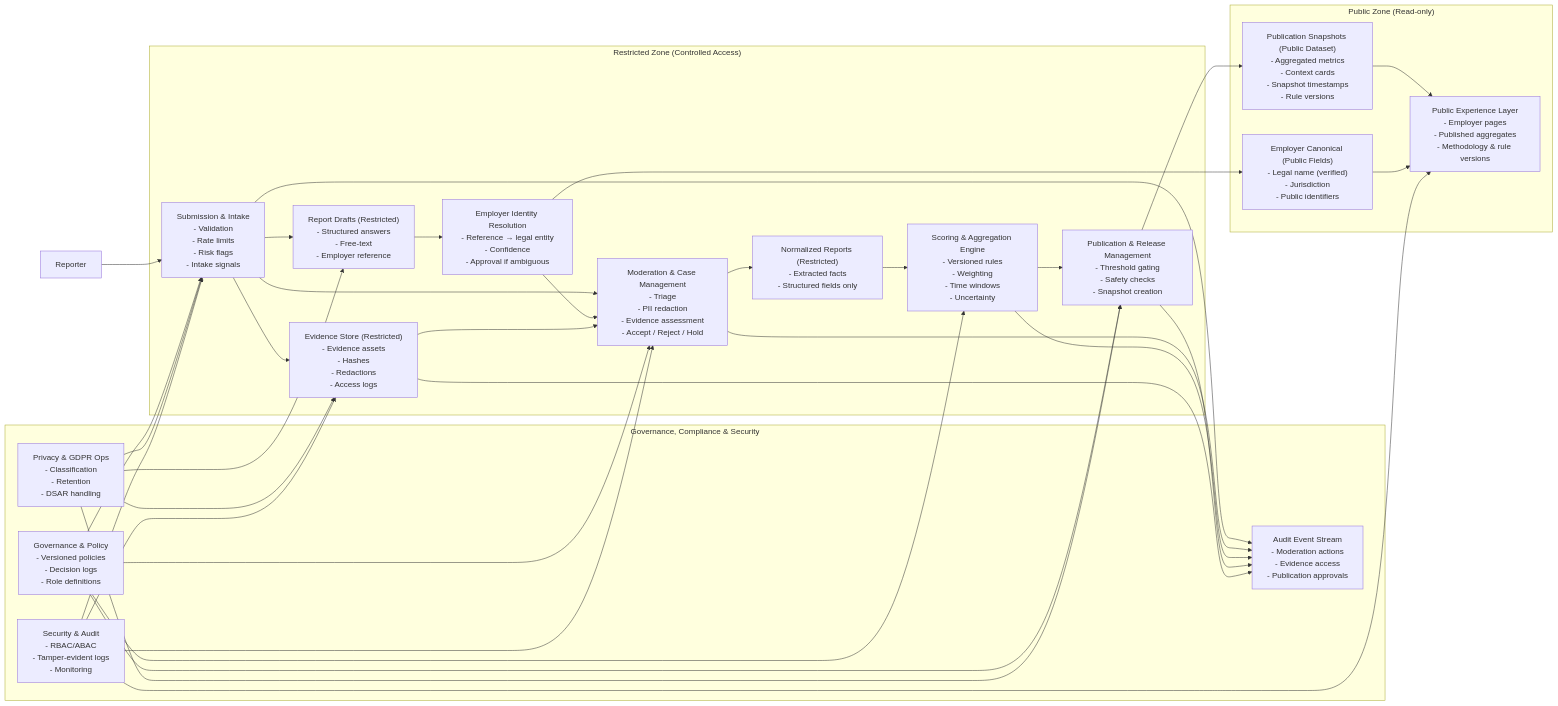
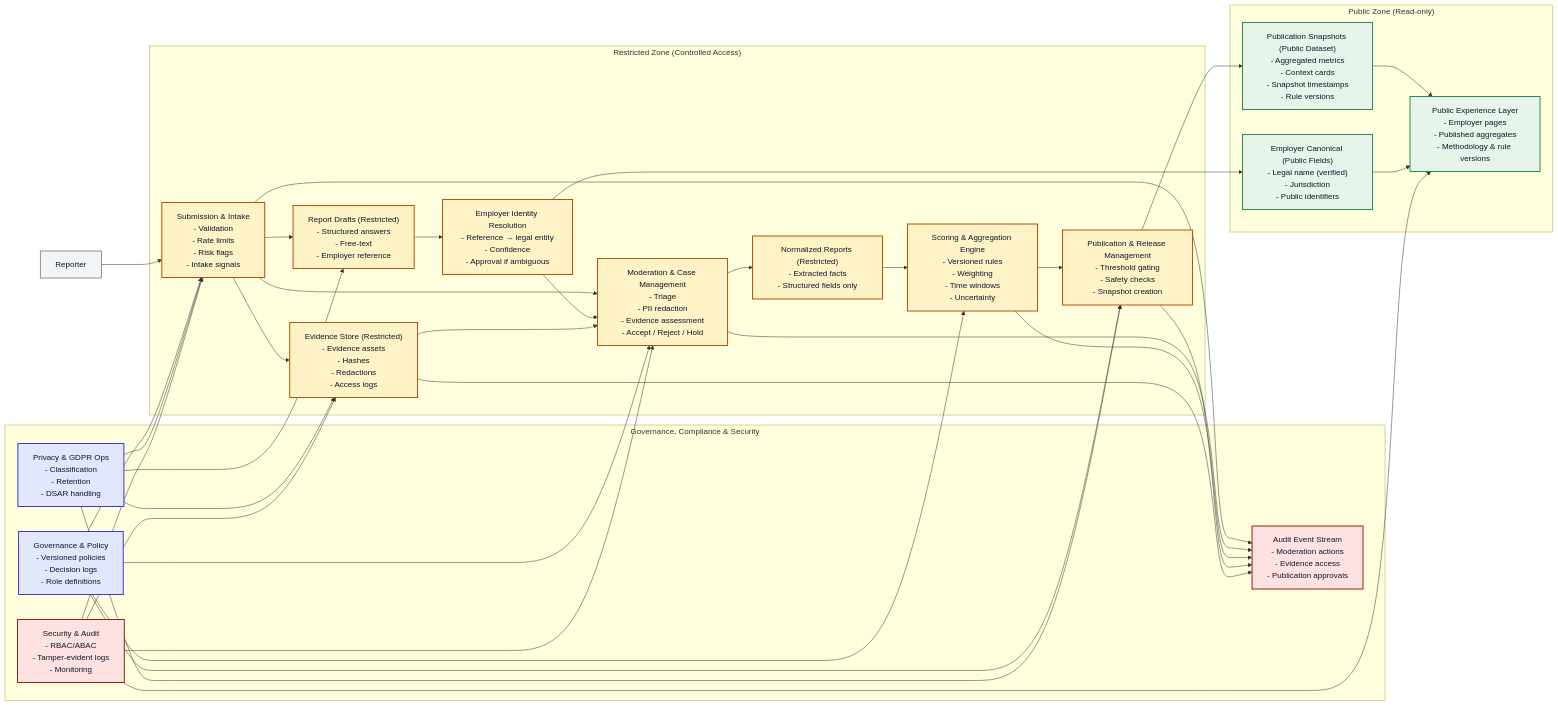
The first of 3 diagrams in docs/architecture/logical-architecture.md (sistoyanov69/junkedout-mvp), drawn with Mermaid before and after one commit. The commit also changed other lines of this file, not shown here.

Commit message:
Apply colored diagrams formatting compatible with GitHub renderer

````diff
--- a/docs/architecture/logical-architecture.md
+++ b/docs/architecture/logical-architecture.md
@@ -10,65 +10,78 @@
 ```mermaid
 flowchart LR
+  %% Visual classes (GitHub-safe)
+  classDef public fill:#E6F4EA,stroke:#2F855A,stroke-width:2px,color:#0F172A
+  classDef restricted fill:#FEF3C7,stroke:#B45309,stroke-width:2px,color:#0F172A
+  classDef governance fill:#E0E7FF,stroke:#4338CA,stroke-width:2px,color:#0F172A
+  classDef security fill:#FEE2E2,stroke:#991B1B,stroke-width:2px,color:#0F172A
+  classDef neutral fill:#F3F4F6,stroke:#6B7280,stroke-width:1.5px,color:#0F172A
   subgraph Z0["Public Zone (Read-only)"]
     PUB_UI["Public Experience Layer\n- Employer pages\n- Published aggregates\n- Methodology & rule versions"]
     PUB_SNAP["Publication Snapshots (Public Dataset)\n- Aggregated metrics\n- Context cards\n- Snapshot timestamps\n- Rule versions"]
     EMP_PUB["Employer Canonical (Public Fields)\n- Legal name (verified)\n- Jurisdiction\n- Public identifiers"]
   end
 
   subgraph Z1["Restricted Zone (Controlled Access)"]
     INTAKE["Submission & Intake\n- Validation\n- Rate limits\n- Risk flags\n- Intake signals"]
     DRAFT["Report Drafts (Restricted)\n- Structured answers\n- Free-text\n- Employer reference"]
     EVID["Evidence Store (Restricted)\n- Evidence assets\n- Hashes\n- Redactions\n- Access logs"]
     RESOLVE["Employer Identity Resolution\n- Reference → legal entity\n- Confidence\n- Approval if ambiguous"]
     MOD["Moderation & Case Management\n- Triage\n- PII redaction\n- Evidence assessment\n- Accept / Reject / Hold"]
     NORM["Normalized Reports (Restricted)\n- Extracted facts\n- Structured fields only"]
     SCORE["Scoring & Aggregation Engine\n- Versioned rules\n- Weighting\n- Time windows\n- Uncertainty"]
     PUB_MGR["Publication & Release Management\n- Threshold gating\n- Safety checks\n- Snapshot creation"]
   end
 
   subgraph Z2["Governance, Compliance & Security"]
     GOV["Governance & Policy\n- Versioned policies\n- Decision logs\n- Role definitions"]
     PRIV["Privacy & GDPR Ops\n- Classification\n- Retention\n- DSAR handling"]
     SEC["Security & Audit\n- RBAC/ABAC\n- Tamper-evident logs\n- Monitoring"]
     AUDIT["Audit Event Stream\n- Moderation actions\n- Evidence access\n- Publication approvals"]
   end
 
   USER["Reporter"] --> INTAKE
   INTAKE --> DRAFT
   INTAKE --> EVID
   INTAKE --> MOD
 
   DRAFT --> RESOLVE
   RESOLVE --> MOD
   EVID --> MOD
 
   MOD --> NORM
   NORM --> SCORE
   SCORE --> PUB_MGR
   PUB_MGR --> PUB_SNAP
   PUB_SNAP --> PUB_UI
 
   RESOLVE --> EMP_PUB
   EMP_PUB --> PUB_UI
 
   GOV --> INTAKE
   GOV --> MOD
   GOV --> SCORE
   GOV --> PUB_MGR
 
   PRIV --> INTAKE
   PRIV --> DRAFT
   PRIV --> EVID
   PRIV --> PUB_MGR
 
   SEC --> INTAKE
   SEC --> MOD
   SEC --> EVID
   SEC --> PUB_UI
 
   INTAKE --> AUDIT
   MOD --> AUDIT
   SCORE --> AUDIT
   PUB_MGR --> AUDIT
   EVID --> AUDIT
+
+  %% Class assignments
+  class PUB_UI,PUB_SNAP,EMP_PUB public
+  class INTAKE,DRAFT,EVID,RESOLVE,MOD,NORM,SCORE,PUB_MGR restricted
+  class GOV,PRIV governance
+  class SEC,AUDIT security
+  class USER neutral
 ```
````
